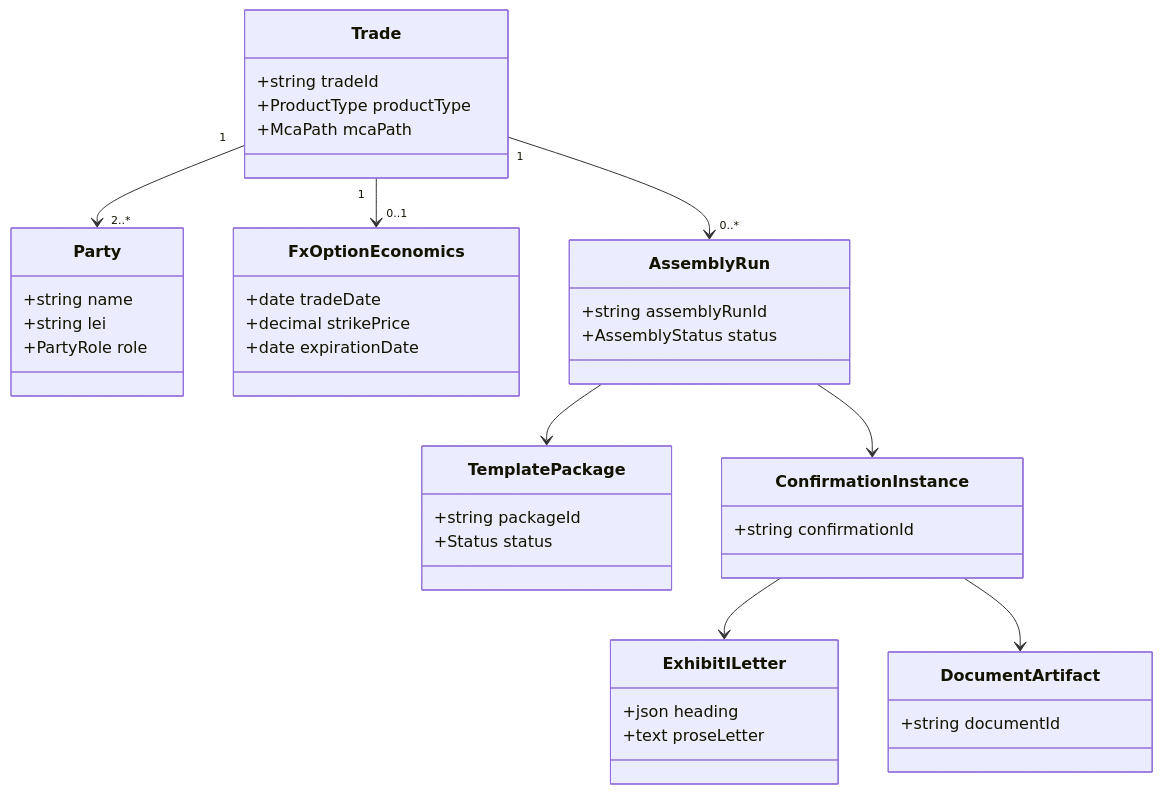
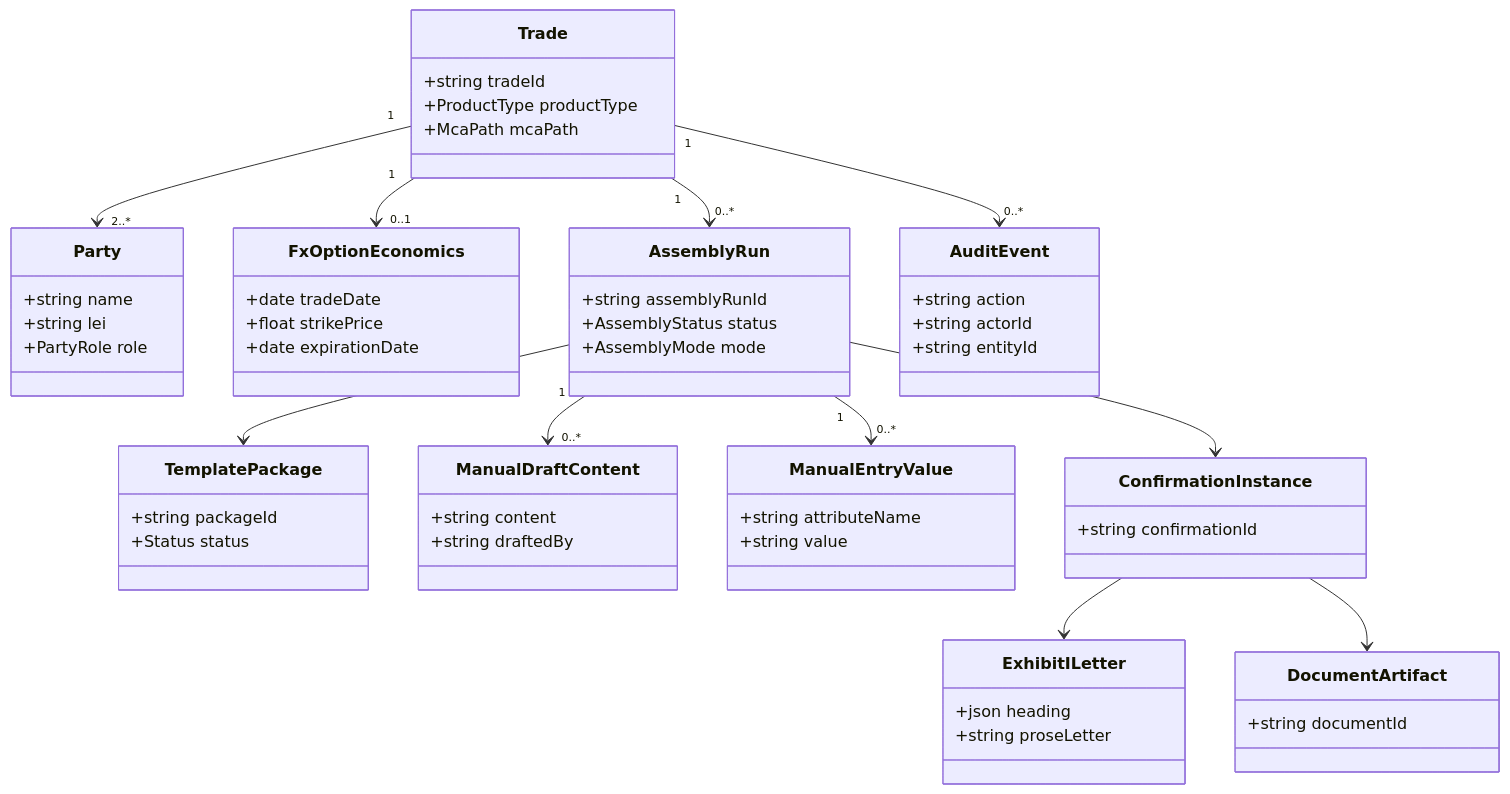
Diagram 17 of 17 in docs/prd-cdu-ps-v1.md (dae-nan/con4m8ions), drawn with Mermaid before and after one commit. The commit also changed other lines of this file and 5 other files, not shown here.

First line of the commit message:
PRD v1.4: explainers out, story-map mermaid, manual draft, audit

````diff
--- a/docs/prd-cdu-ps-v1.md
+++ b/docs/prd-cdu-ps-v1.md
@@ -745,44 +876,61 @@
 ```mermaid
 classDiagram
   direction TB
   class Trade {
     +string tradeId
     +ProductType productType
     +McaPath mcaPath
   }
   class Party {
     +string name
     +string lei
     +PartyRole role
   }
   class FxOptionEconomics {
     +date tradeDate
-    +decimal strikePrice
+    +float strikePrice
     +date expirationDate
   }
   class TemplatePackage {
     +string packageId
     +Status status
   }
   class AssemblyRun {
     +string assemblyRunId
     +AssemblyStatus status
+    +AssemblyMode mode
+  }
+  class ManualDraftContent {
+    +string content
+    +string draftedBy
+  }
+  class ManualEntryValue {
+    +string attributeName
+    +string value
+  }
+  class AuditEvent {
+    +string action
+    +string actorId
+    +string entityId
   }
   class ExhibitILetter {
     +json heading
-    +text proseLetter
+    +string proseLetter
   }
   class ConfirmationInstance {
     +string confirmationId
   }
   class DocumentArtifact {
     +string documentId
   }
   Trade "1" --> "2..*" Party
   Trade "1" --> "0..1" FxOptionEconomics
   Trade "1" --> "0..*" AssemblyRun
   AssemblyRun --> TemplatePackage
   AssemblyRun --> ConfirmationInstance
+  AssemblyRun "1" --> "0..*" ManualDraftContent
+  AssemblyRun "1" --> "0..*" ManualEntryValue
   ConfirmationInstance --> ExhibitILetter
   ConfirmationInstance --> DocumentArtifact
+  Trade "1" --> "0..*" AuditEvent
 ```
````
